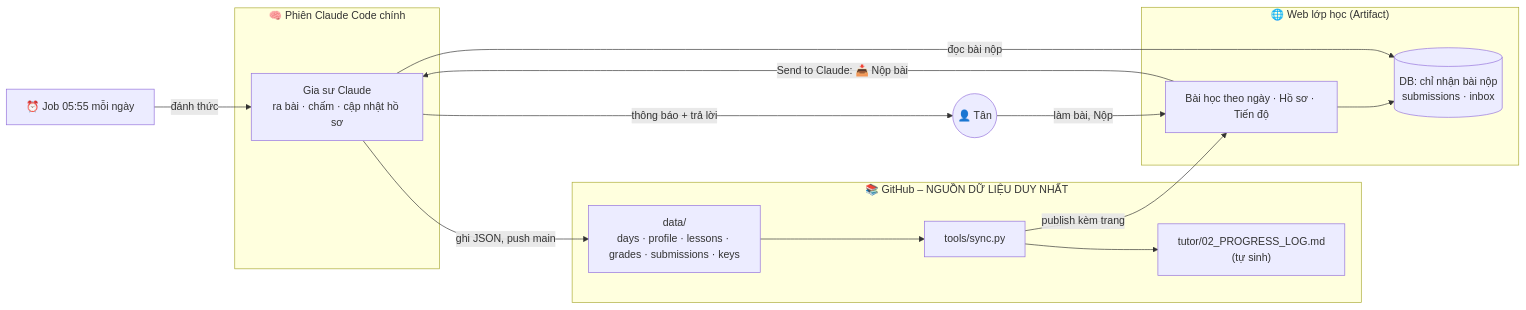
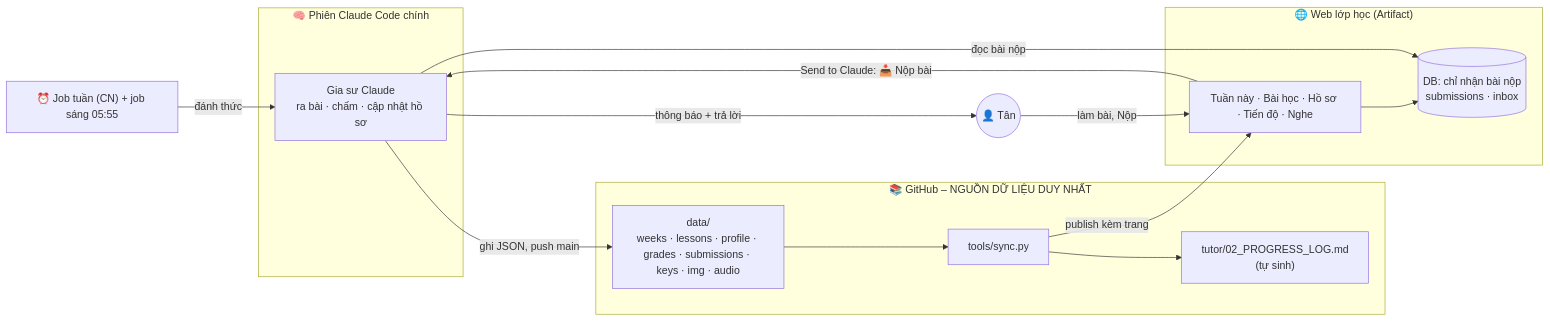
One commit to tannc28/english-tutor changed the first of 2 diagrams in README.md. Above: the diagram before and after it, drawn with Mermaid. The commit also changed other lines of this file and 67 other files, not shown here.

Commit message:
Kế hoạch theo tuần: Tuần 1 'A New Start' (6 bài, word wall có hình + audio, bài nghe theo chủ đề); trang This week; minh hoạ SD-Turbo; mức input thoải mái + theo dõi độ căng não; quy tắc chọn model

````diff
--- a/README.md
+++ b/README.md
@@ -12,24 +12,24 @@
 ```mermaid
 flowchart LR
-    J["⏰ Job 05:55 mỗi ngày"] -- đánh thức --> G
+    J["⏰ Job tuần (CN) + job sáng 05:55"] -- đánh thức --> G
     subgraph Phien["🧠 Phiên Claude Code chính"]
         G["Gia sư Claude<br/>ra bài · chấm · cập nhật hồ sơ"]
     end
     subgraph Repo["📚 GitHub – NGUỒN DỮ LIỆU DUY NHẤT"]
-        D["data/<br/>days · profile · lessons · grades · submissions · keys"]
+        D["data/<br/>weeks · lessons · profile · grades · submissions · keys · img · audio"]
         S["tools/sync.py"]
         P["tutor/02_PROGRESS_LOG.md<br/>(tự sinh)"]
     end
     subgraph Web["🌐 Web lớp học (Artifact)"]
-        UI["Bài học theo ngày · Hồ sơ · Tiến độ"]
+        UI["Tuần này · Bài học · Hồ sơ · Tiến độ · Nghe"]
         DB[("DB: chỉ nhận bài nộp<br/>submissions · inbox")]
     end
     T(("👤 Tân"))
     G -- "ghi JSON, push main" --> D
     D --> S --> P
     S -- "publish kèm trang" --> UI
     T -- "làm bài, Nộp" --> UI --> DB
     UI -- "Send to Claude: 📥 Nộp bài" --> G
     G -- "đọc bài nộp" --> DB
     G -- "thông báo + trả lời" --> T
 ```
````
